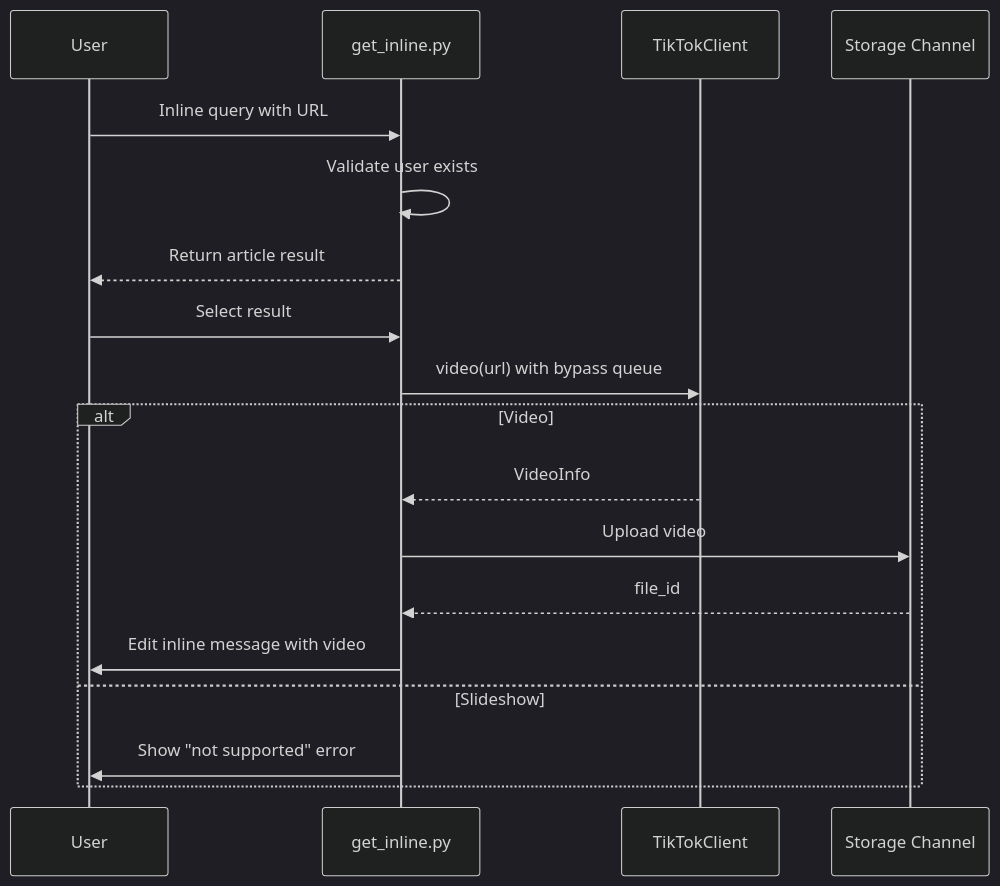
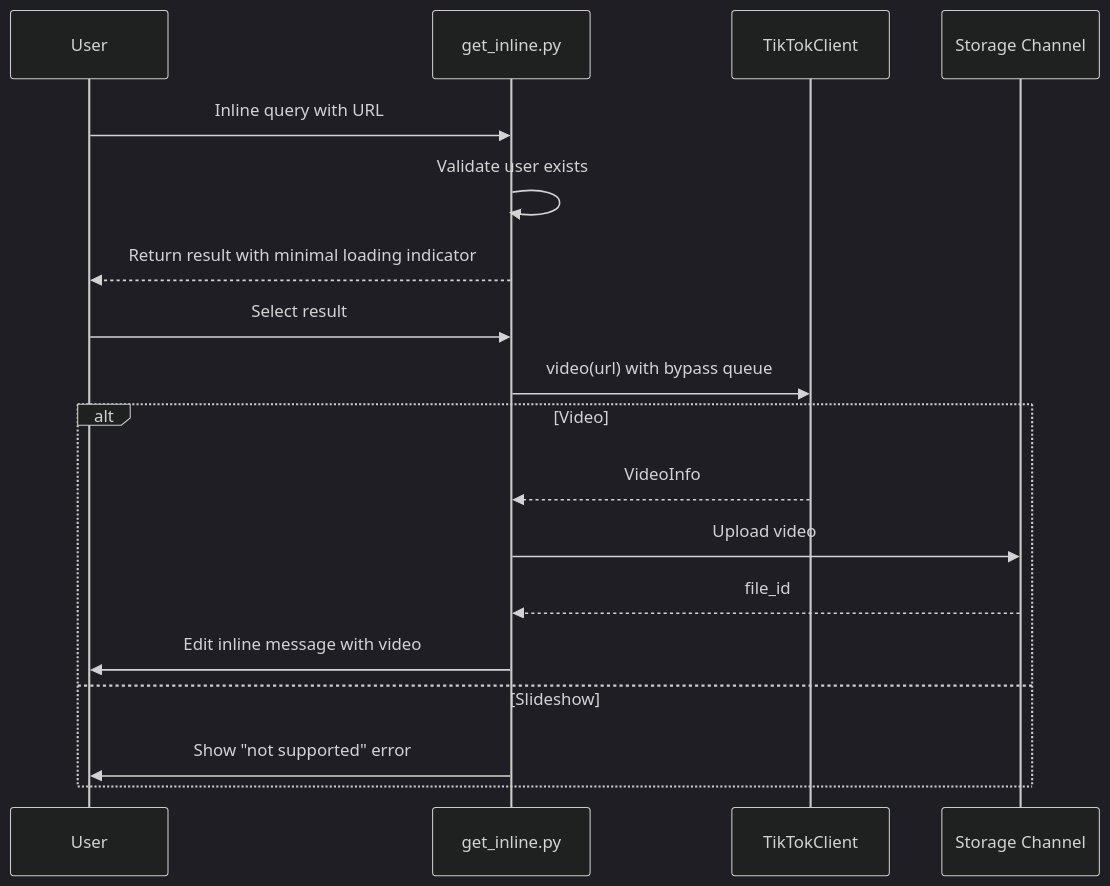
Before and after one commit to karilaa-dev/tt-bot: the fifth of 5 diagrams in docs/CODEBASE_MAP.md, drawn with Mermaid (dark theme). The commit also changed other lines of this file and 1 other file, not shown here.

First line of the commit message:
Update codebase map with recent architecture changes

````diff
--- a/docs/CODEBASE_MAP.md
+++ b/docs/CODEBASE_MAP.md
@@ -419,22 +449,22 @@
 ```mermaid
 sequenceDiagram
     participant User
     participant Inline as get_inline.py
     participant Client as TikTokClient
     participant Storage as Storage Channel
 
     User->>Inline: Inline query with URL
     Inline->>Inline: Validate user exists
-    Inline-->>User: Return article result
+    Inline-->>User: Return result with minimal loading indicator
     User->>Inline: Select result
     Inline->>Client: video(url) with bypass queue
 
     alt Video
         Client-->>Inline: VideoInfo
         Inline->>Storage: Upload video
         Storage-->>Inline: file_id
         Inline->>User: Edit inline message with video
     else Slideshow
         Inline->>User: Show "not supported" error
     end
 ```
````
